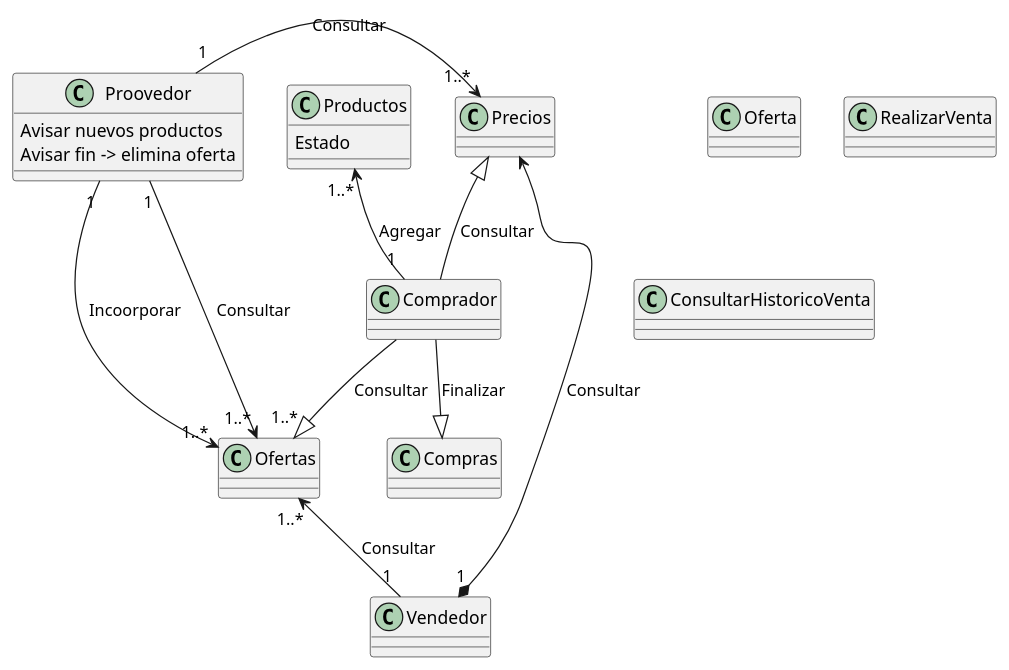
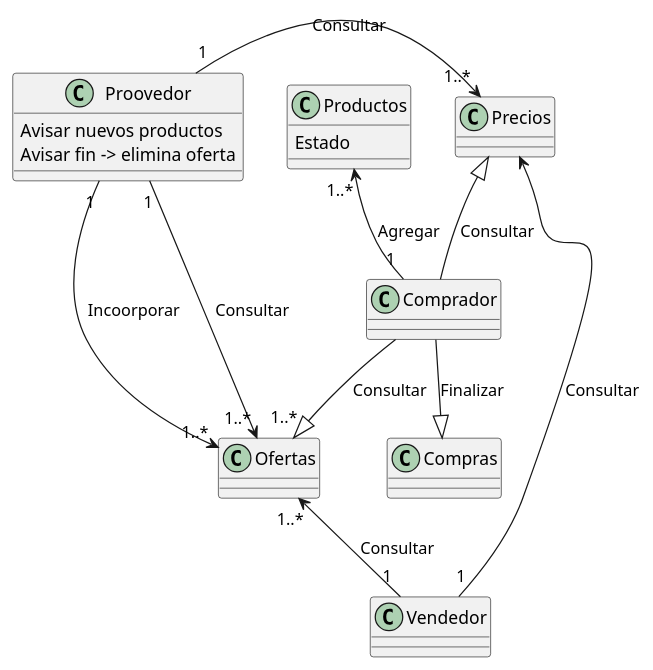
Before and after one commit to cgg734/INRE-UAL-MORADO-2022-2023: the diagram in lab1/source/SistemaComprasEntidadRelacion.puml, drawn with PlantUML. The commit also changed 1 other file, not shown here.

```diff
--- a/lab1/source/SistemaComprasEntidadRelacion.puml
+++ b/lab1/source/SistemaComprasEntidadRelacion.puml
@@ -1,31 +1,23 @@
 @startuml Sistema
 
 Class Proovedor{
     Avisar nuevos productos
     Avisar fin -> elimina oferta
 
 }
 
 Class Productos{
     Estado
 }
-Class Oferta{
-}
 
-Class RealizarVenta{
-    
-}
-Class ConsultarHistoricoVenta{
-    
-}
 
 Compras <|-up-Comprador : Finalizar
 Ofertas "1..*"<|-up-Comprador : Consultar
 Precios <|-down-Comprador : Consultar
 Productos "1..*"<--"1" Comprador : Agregar
 Precios "1..*"<-left-"1" Proovedor : Consultar
 Ofertas "1..*"<-up-"1" Proovedor : Consultar
 Ofertas "1..*"<--"1" Proovedor : Incoorporar
-Precios <--*"1" Vendedor : Consultar
-Ofertas "1..*"<--"1" Vendedor : Consultar
+Precios <--"1" Vendedor : Consultar
+Ofertas "1..*"<-down-"1" Vendedor : Consultar
 @enduml
```
